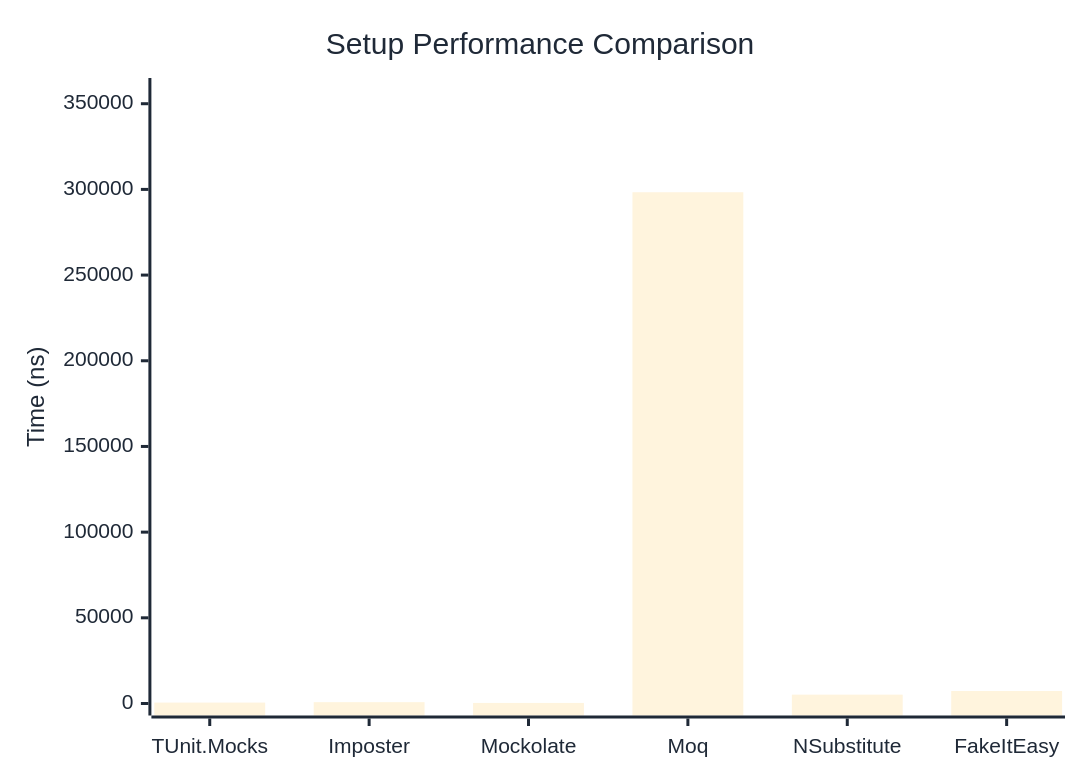
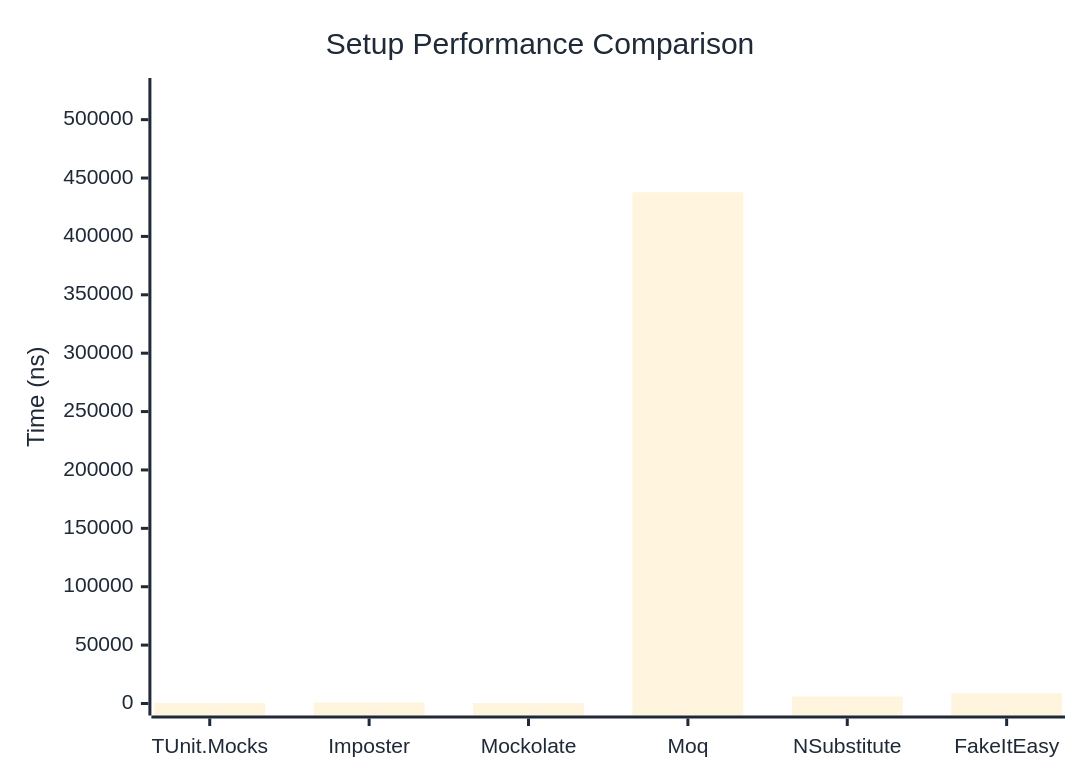
The first of 2 diagrams in docs/docs/benchmarks/mocks/Setup.md (thomhurst/TUnit), drawn with Mermaid before and after one commit. The commit also changed other lines of this file and 14 other files, not shown here.

````diff
--- a/docs/docs/benchmarks/mocks/Setup.md
+++ b/docs/docs/benchmarks/mocks/Setup.md
@@ -30,27 +30,27 @@
 ```mermaid
 %%{init: {
   'theme':'base',
   'themeVariables': {
     'primaryColor': '#2563eb',
     'primaryTextColor': '#1f2937',
     'primaryBorderColor': '#1e40af',
     'lineColor': '#6b7280',
     'secondaryColor': '#7c3aed',
     'tertiaryColor': '#dc2626',
     'background': '#ffffff',
     'pie1': '#2563eb',
     'pie2': '#7c3aed',
     'pie3': '#dc2626',
     'pie4': '#f59e0b',
     'pie5': '#10b981',
     'pie6': '#06b6d4',
     'pie7': '#ec4899',
     'pie8': '#6366f1'
   }
 }}%%
 xychart-beta
   title "Setup Performance Comparison"
   x-axis ["TUnit.Mocks", "Imposter", "Mockolate", "Moq", "NSubstitute", "FakeItEasy"]
-  y-axis "Time (ns)" 0 --> 358007
-  bar [537.5, 774.2, 326.7, 298338.8, 5158.5, 7284.2]
+  y-axis "Time (ns)" 0 --> 525388
+  bar [535.7, 838.7, 336.5, 437823.2, 5935.9, 8670]
 ```
````
